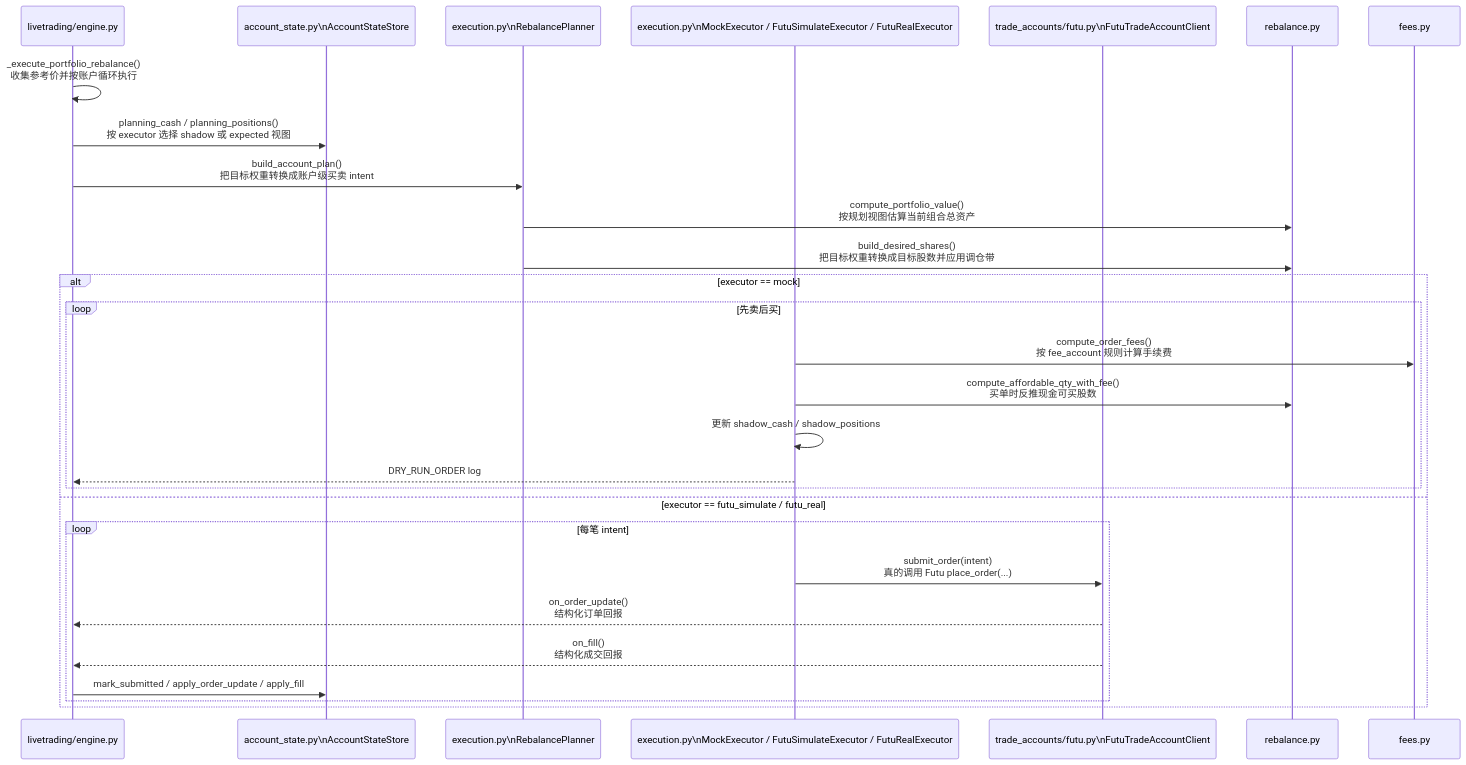
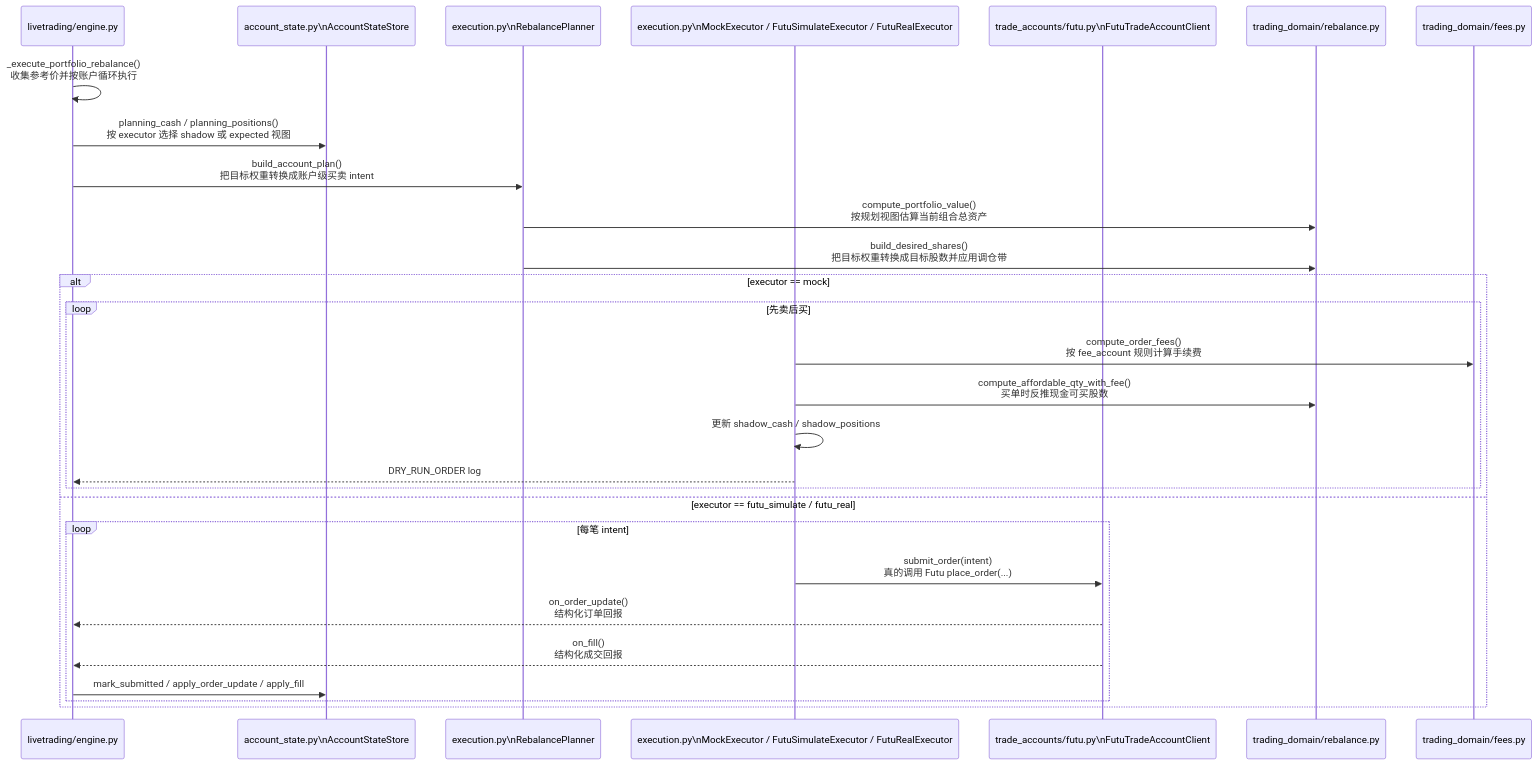
One commit to hangchow/backtest changed the seventh of 7 diagrams in docs/README_livetrading_sequence.md. Above: the diagram before and after it, drawn with Mermaid. The commit also changed other lines of this file and 13 other files, not shown here.

Commit message:
Extract shared trading domain services

````diff
--- a/docs/README_livetrading_sequence.md
+++ b/docs/README_livetrading_sequence.md
@@ -295,32 +295,32 @@
 ```mermaid
 sequenceDiagram
     participant ENG as livetrading/engine.py
     participant STORE as account_state.py\nAccountStateStore
     participant PLAN as execution.py\nRebalancePlanner
     participant EXE as execution.py\nMockExecutor / FutuSimulateExecutor / FutuRealExecutor
     participant TAC as trade_accounts/futu.py\nFutuTradeAccountClient
-    participant RB as rebalance.py
-    participant FEE as fees.py
+    participant RB as trading_domain/rebalance.py
+    participant FEE as trading_domain/fees.py
 
     ENG->>ENG: _execute_portfolio_rebalance()<br/>收集参考价并按账户循环执行
     ENG->>STORE: planning_cash / planning_positions()<br/>按 executor 选择 shadow 或 expected 视图
     ENG->>PLAN: build_account_plan()<br/>把目标权重转换成账户级买卖 intent
     PLAN->>RB: compute_portfolio_value()<br/>按规划视图估算当前组合总资产
     PLAN->>RB: build_desired_shares()<br/>把目标权重转换成目标股数并应用调仓带
 
     alt executor == mock
         loop 先卖后买
             EXE->>FEE: compute_order_fees()<br/>按 fee_account 规则计算手续费
             EXE->>RB: compute_affordable_qty_with_fee()<br/>买单时反推现金可买股数
             EXE->>EXE: 更新 shadow_cash / shadow_positions
             EXE-->>ENG: DRY_RUN_ORDER log
         end
     else executor == futu_simulate / futu_real
         loop 每笔 intent
             EXE->>TAC: submit_order(intent)<br/>真的调用 Futu place_order(...)
             TAC-->>ENG: on_order_update()<br/>结构化订单回报
             TAC-->>ENG: on_fill()<br/>结构化成交回报
             ENG->>STORE: mark_submitted / apply_order_update / apply_fill
         end
     end
 ```
````
